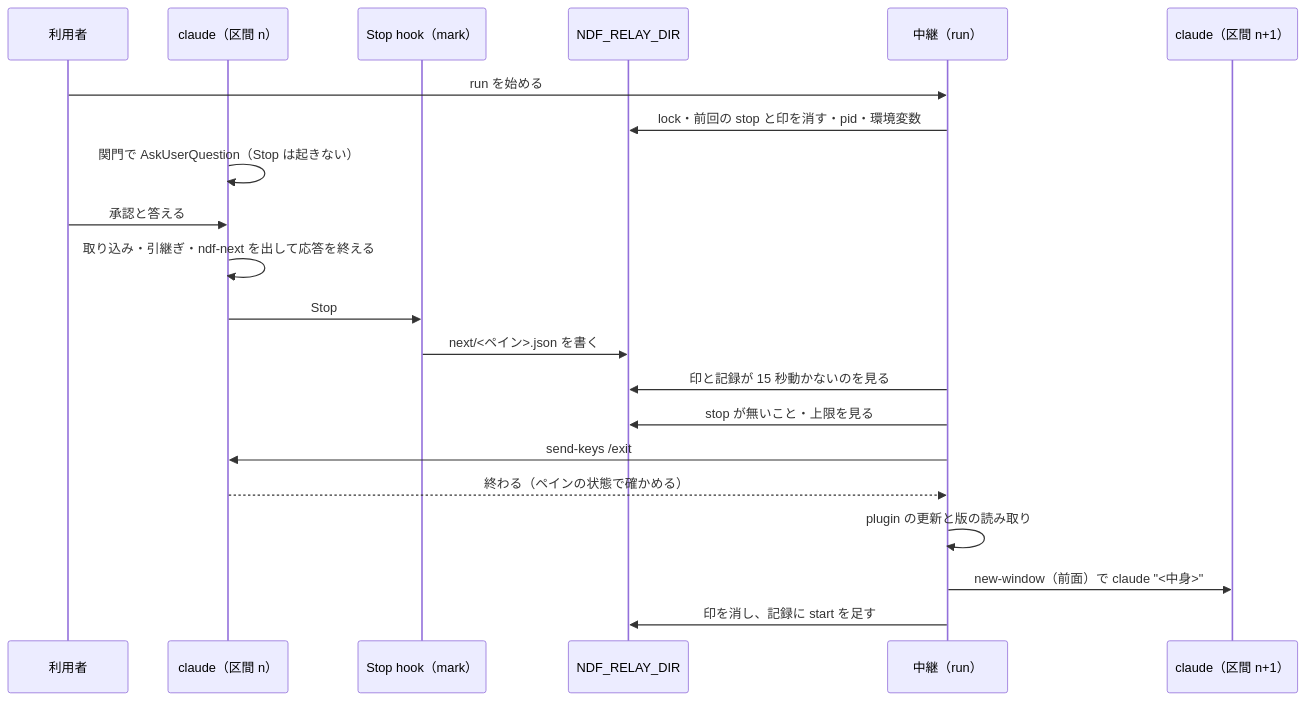
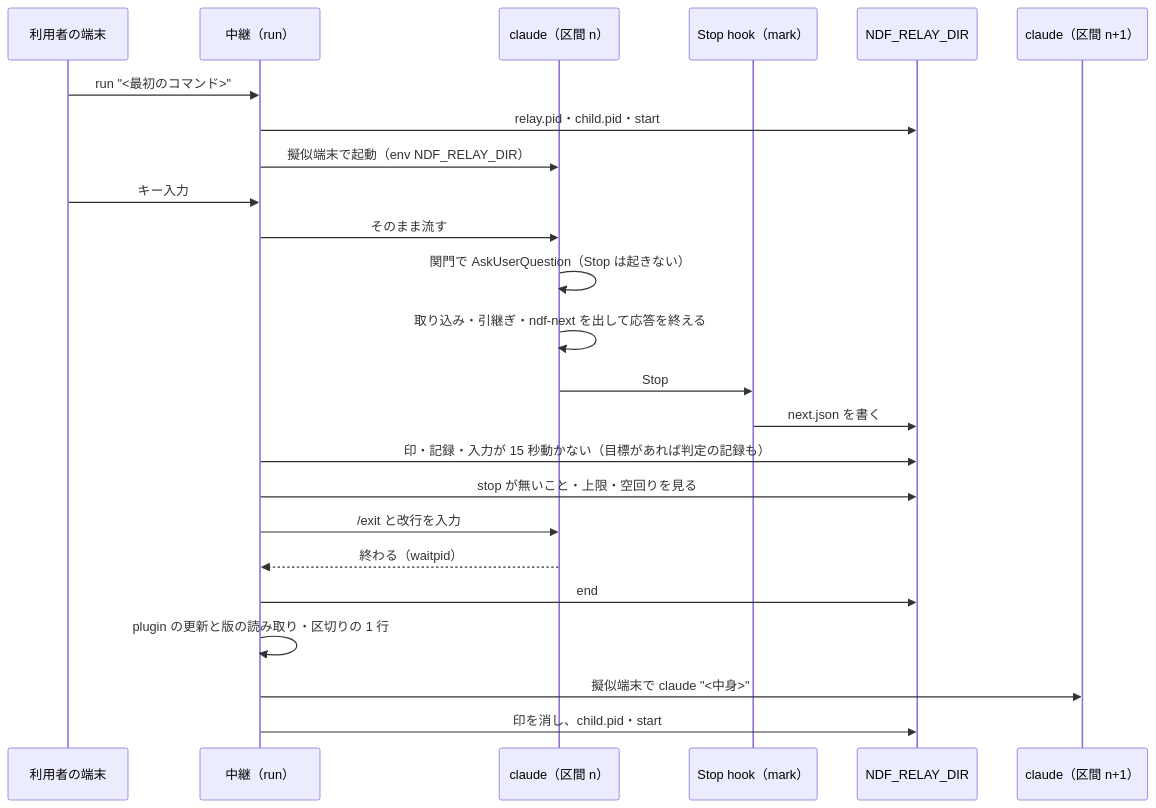
Before and after one commit to devbasex/ai-plugins: the second of 3 diagrams in issues/issue-895-design.md, drawn with Mermaid. The commit also changed other lines of this file and 2 other files, not shown here.

````diff
--- a/issues/issue-895-design.md
+++ b/issues/issue-895-design.md
@@ -263,23 +238,26 @@
 ```mermaid
 sequenceDiagram
-    participant U as 利用者
+    participant U as 利用者の端末
+    participant R as 中継（run）
     participant C as claude（区間 n）
     participant H as Stop hook（mark）
     participant F as NDF_RELAY_DIR
-    participant R as 中継（run）
     participant C2 as claude（区間 n+1）
-    U->>R: run を始める
-    R->>F: lock・前回の stop と印を消す・pid・環境変数
+    U->>R: run "<最初のコマンド>"
+    R->>F: relay.pid・child.pid・start
+    R->>C: 擬似端末で起動（env NDF_RELAY_DIR）
+    U->>R: キー入力
+    R->>C: そのまま流す
     C->>C: 関門で AskUserQuestion（Stop は起きない）
-    U->>C: 承認と答える
     C->>C: 取り込み・引継ぎ・ndf-next を出して応答を終える
     C->>H: Stop
-    H->>F: next/<ペイン>.json を書く
-    R->>F: 印と記録が 15 秒動かないのを見る
-    R->>F: stop が無いこと・上限を見る
-    R->>C: send-keys /exit
-    C-->>R: 終わる（ペインの状態で確かめる）
-    R->>R: plugin の更新と版の読み取り
-    R->>C2: new-window（前面）で claude "<中身>"
-    R->>F: 印を消し、記録に start を足す
+    H->>F: next.json を書く
+    R->>F: 印・記録・入力が 15 秒動かない（目標があれば判定の記録も）
+    R->>F: stop が無いこと・上限・空回りを見る
+    R->>C: /exit と改行を入力
+    C-->>R: 終わる（waitpid）
+    R->>F: end
+    R->>R: plugin の更新と版の読み取り・区切りの 1 行
+    R->>C2: 擬似端末で claude "<中身>"
+    R->>F: 印を消し、child.pid・start
 ```
````
